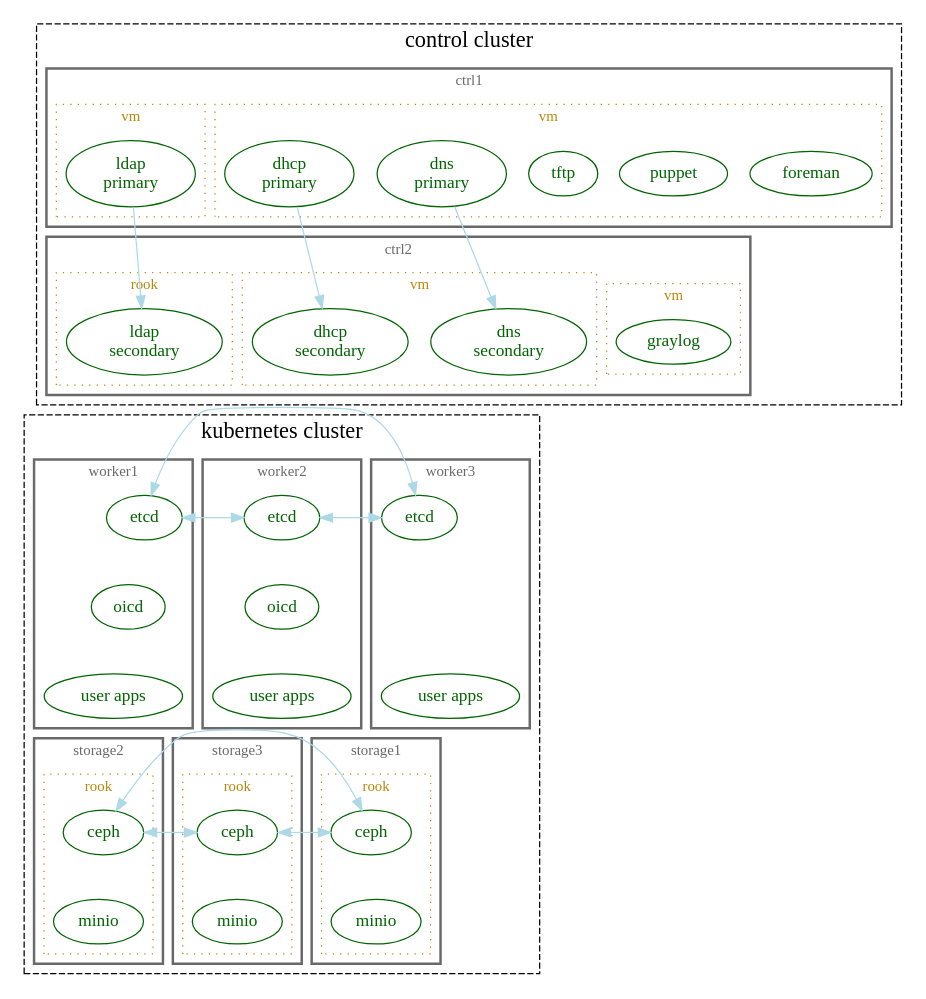
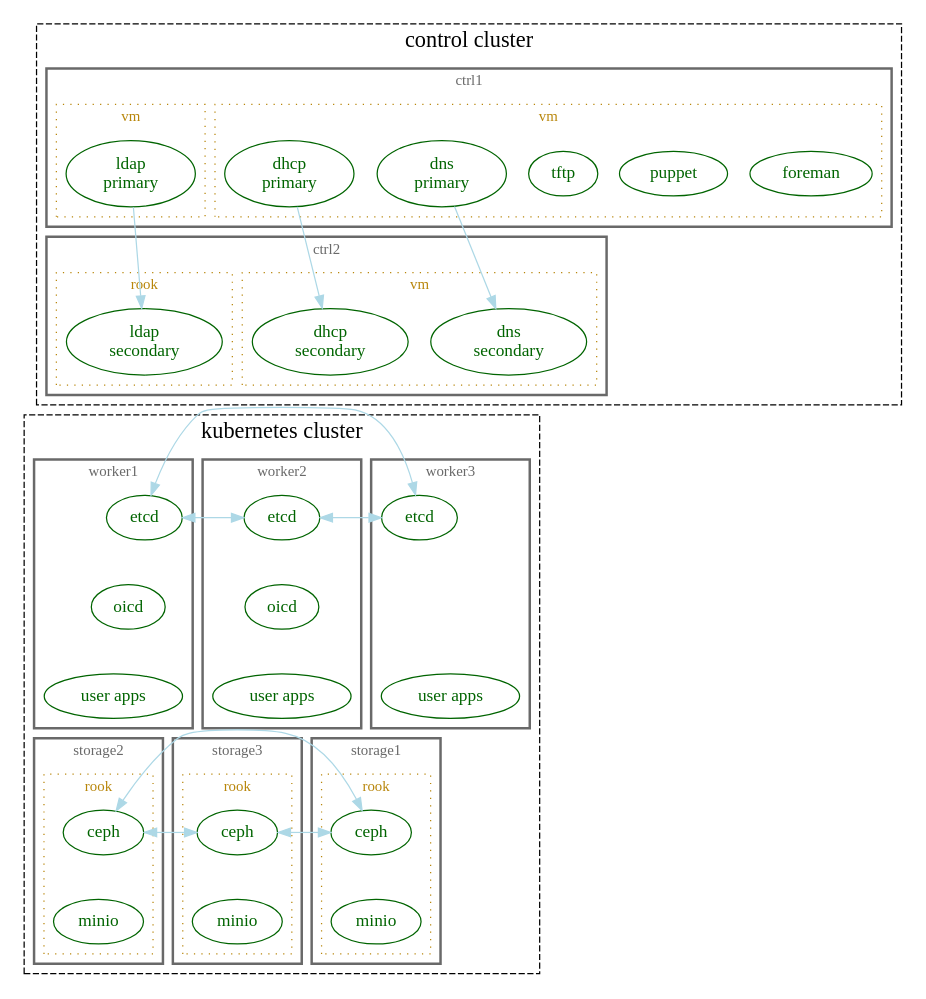
The diagram in _static/seed_cluster.dot (LSST-IT/ittn-002), drawn with Graphviz before and after one commit. The commit also changed 2 other files, not shown here.

Commit message:
link to logging ittn-012 (graylog)

```diff
--- a/_static/seed_cluster.dot
+++ b/_static/seed_cluster.dot
@@ -18,7 +18,6 @@
     dhcp2 [label="dhcp\nsecondary"]
     ldap1 [label="ldap\nprimary"]
     ldap2 [label="ldap\nsecondary"]
-    graylog
     app1 [label="user apps"]
     app2 [label="user apps"]
     app3 [label="user apps"]
@@ -91,20 +90,9 @@
 
       {
         rank=same
-        graylog
         dns2
         dhcp2
         ldap2
-      }
-
-      subgraph cluster_13 {
-        label="vm"
-        color=darkgoldenrod
-        fontcolor=darkgoldenrod
-        fontsize=12
-        style=dotted
-
-        graylog
       }
 
       subgraph cluster_15 {
```
